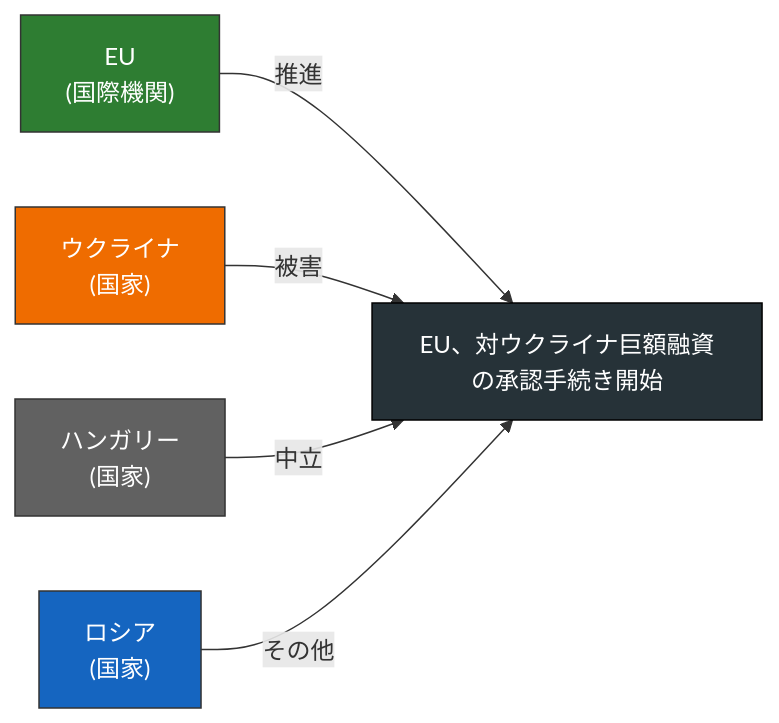
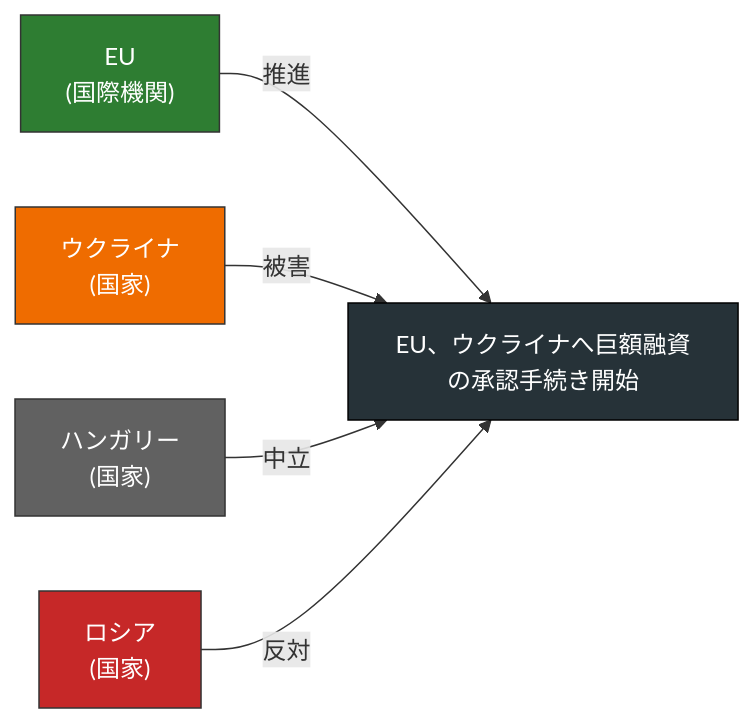
One commit to YUUUyutaro/tiseigaku changed diagram 12 of 20 in docs/reports/2026-04-23.md. Above: the diagram before and after it, drawn with Mermaid. The commit also changed other lines of this file and 3 other files, not shown here.

````diff
--- a/docs/reports/2026-04-23.md
+++ b/docs/reports/2026-04-23.md
@@ -36,17 +243,17 @@
 ```mermaid
 flowchart LR
-  T["EU、対ウクライナ巨額融資の承認手続き開始"]
+  T["EU、ウクライナへ巨額融資の承認手続き開始"]
   A0["EU\n(国際機関)"]
   A0 -- 推進 --> T
   style A0 fill:#2e7d32,color:#fff,stroke:#333
   A1["ウクライナ\n(国家)"]
   A1 -- 被害 --> T
   style A1 fill:#ef6c00,color:#fff,stroke:#333
   A2["ハンガリー\n(国家)"]
   A2 -- 中立 --> T
   style A2 fill:#616161,color:#fff,stroke:#333
   A3["ロシア\n(国家)"]
-  A3 -- その他 --> T
-  style A3 fill:#1565c0,color:#fff,stroke:#333
+  A3 -- 反対 --> T
+  style A3 fill:#c62828,color:#fff,stroke:#333
   style T fill:#263238,color:#fff,stroke:#000
 ```
````
